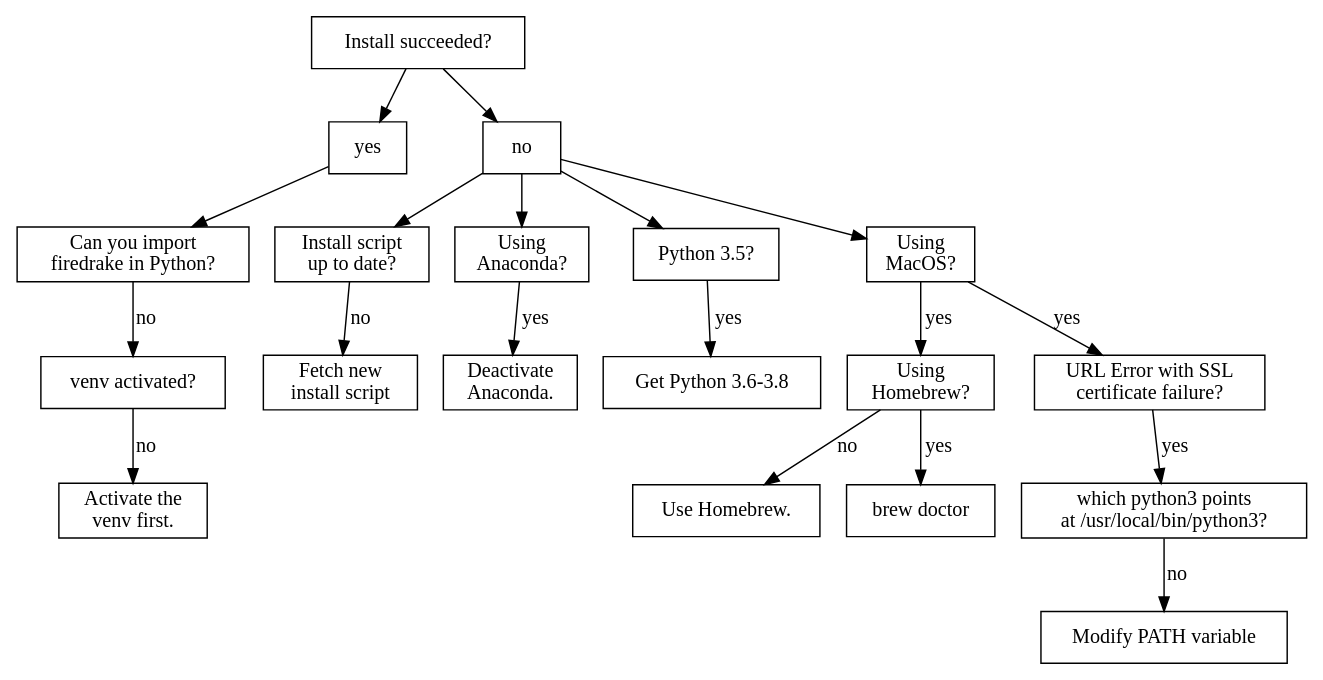
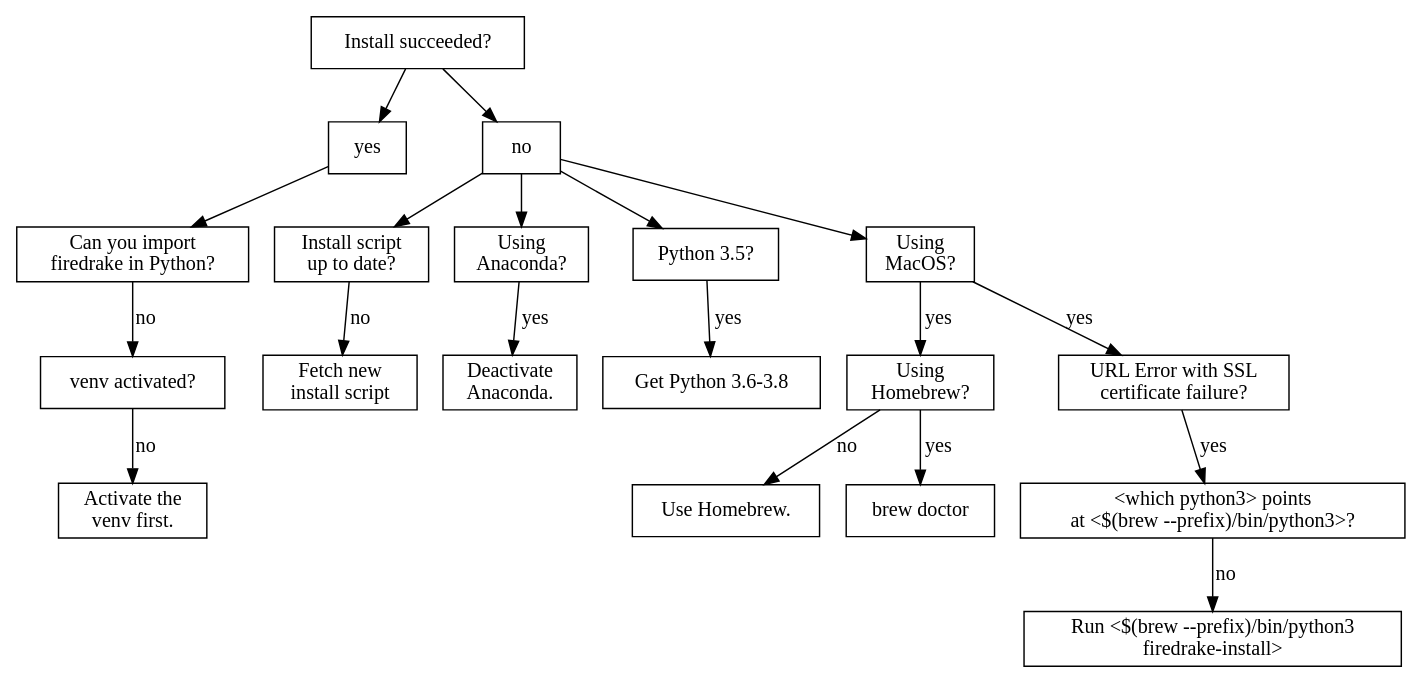
Before and after one commit to firedrakeproject/firedrake: the diagram in docs/source/install-debug.dot, drawn with Graphviz.

Commit message:
Docs - debug install failures: Instead of modifying the PATH, use explicit path to python for firedrake-install. Retrieve that path from brew --prefix, so that it is generic for macs with and without ARM architecture (since homebrew location got moved on ARM macs).

```diff
--- a/docs/source/install-debug.dot
+++ b/docs/source/install-debug.dot
@@ -1,41 +1,41 @@
 digraph triage {
     node [shape=rect];
 
     can_install [label="Install succeeded?"];
     install_succeeded [label="yes"];
     install_failed [label="no"];
     can_import [label="Can you import\nfiredrake in Python?"];
     venv_activated [label="venv activated?"];
     install_script_up_to_date [label="Install script\nup to date?"];
     using_anaconda [label="Using\nAnaconda?"];
     python_version [label="Python 3.5?"];
     using_macos [label="Using\nMacOS?"];
     using_homebrew [label="Using\nHomebrew?"];
     url_error [label="URL Error with SSL\ncertificate failure?"];
-    which_python [label="which python3 points\nat /usr/local/bin/python3?"];
+    which_python [label="<which python3> points\nat <$(brew --prefix)/bin/python3>?"];
 
     activate_venv [label="Activate the\nvenv first."];
     uninstall_anaconda [label="Deactivate\nAnaconda."];
     update_python [label="Get Python 3.6-3.8"];
     update_install_script [label="Fetch new\ninstall script"];
     get_homebrew [label="Use Homebrew."];
     brew_doctor [label="brew doctor"];
-    change_path [label="Modify PATH variable"];
+    explicit_path [label="Run <$(brew --prefix)/bin/python3\n firedrake-install>"];
 
     can_install -> install_succeeded;
     install_succeeded -> can_import;
     can_import -> venv_activated [label="no"];
     venv_activated -> activate_venv [label="no"];
 
     can_install -> install_failed;
     install_failed -> {install_script_up_to_date, using_anaconda, python_version, using_macos};
     install_script_up_to_date -> update_install_script [label="no"];
     python_version -> update_python [label="yes"];
     using_anaconda -> uninstall_anaconda [label="yes"];
     using_macos -> using_homebrew [label="yes"];
     using_homebrew -> get_homebrew [label="no"];
     using_homebrew -> brew_doctor [label="yes"];
     using_macos -> url_error [label="yes"];
     url_error -> which_python [label="yes"];
-    which_python -> change_path [label="no"];
+    which_python -> explicit_path [label="no"];
 }
```
